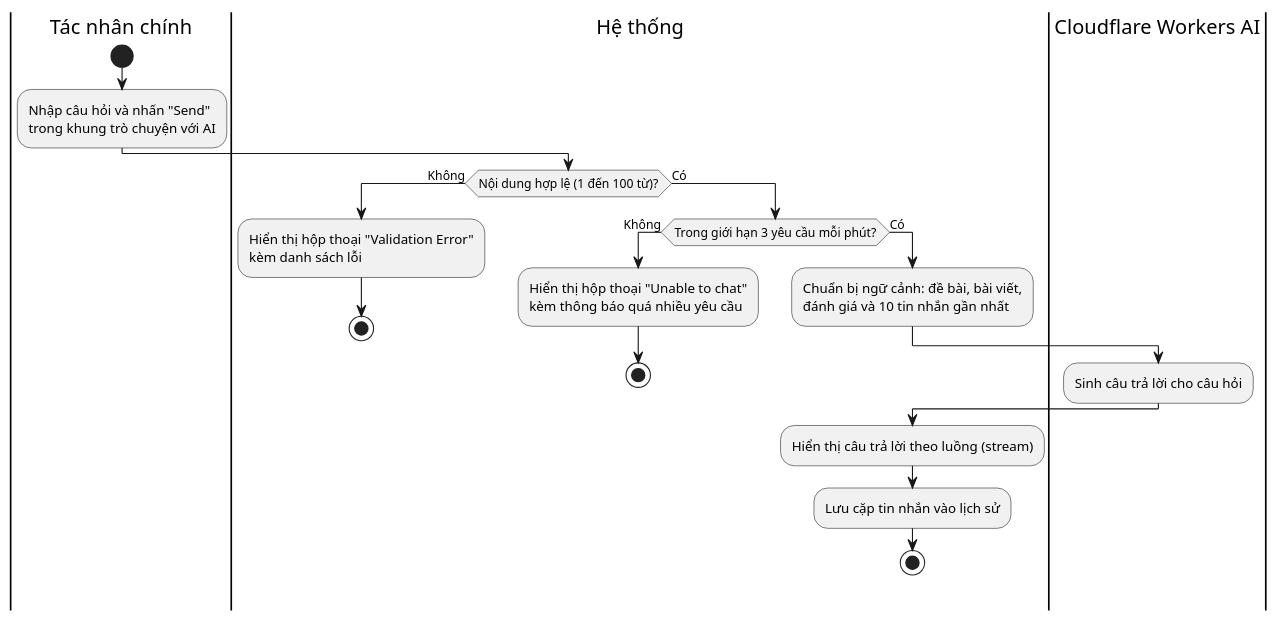
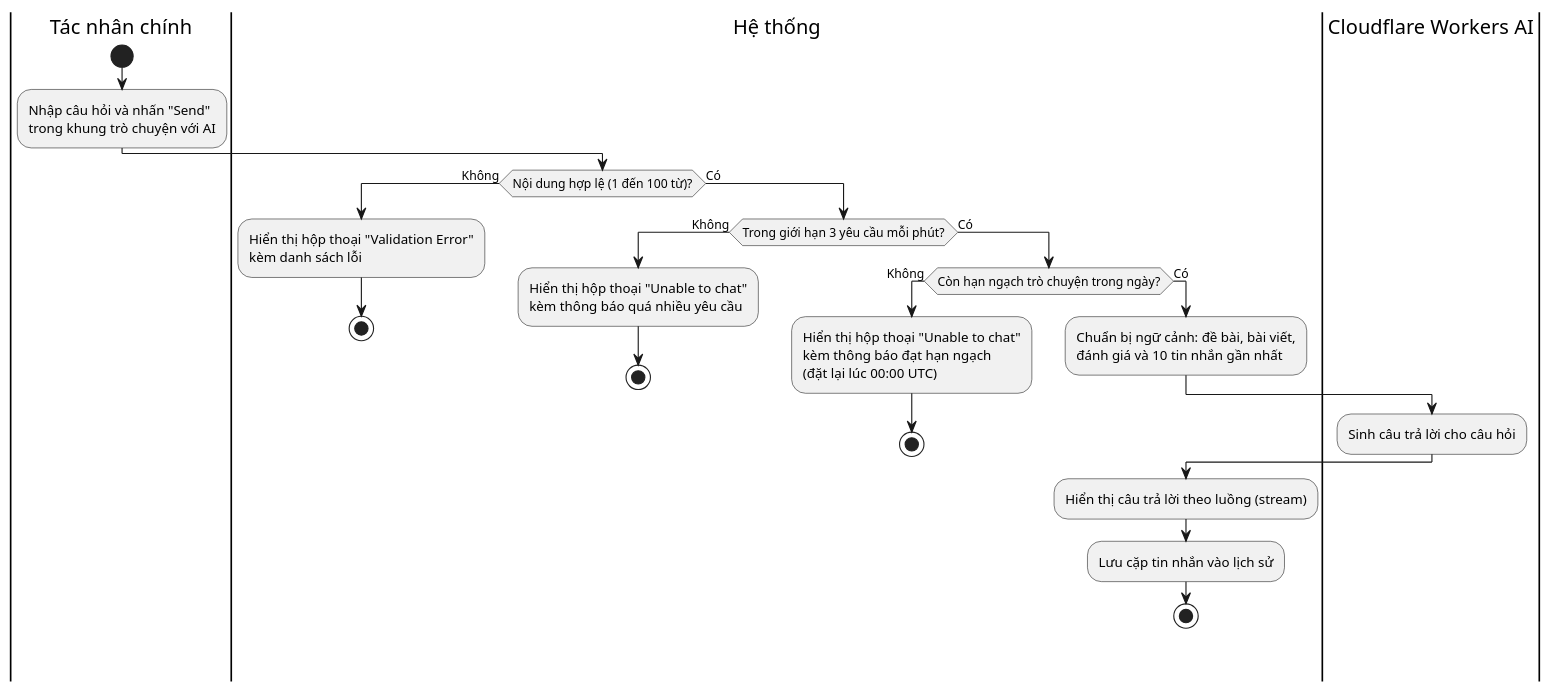
The diagram in docs/tro-chuyen-voi-ai.act.puml (ielts-writing-org/ielts-fullstack), drawn with PlantUML before and after one commit. The commit also changed 4 other files, not shown here.

First line of the commit message:
docs: update diagrams to reflect domain logic and quota constraints

```diff
--- a/docs/tro-chuyen-voi-ai.act.puml
+++ b/docs/tro-chuyen-voi-ai.act.puml
@@ -1,30 +1,35 @@
 @startuml Trò chuyện với AI ACT
 
 skinparam DefaultFontName Segoe UI
 
 |Tác nhân chính|
 start
 :Nhập câu hỏi và nhấn "Send"\ntrong khung trò chuyện với AI;
 
 |Hệ thống|
 if (Nội dung hợp lệ (1 đến 100 từ)?) then (Không)
 	:Hiển thị hộp thoại "Validation Error"\nkèm danh sách lỗi;
 	stop
 else (Có)
 	if (Trong giới hạn 3 yêu cầu mỗi phút?) then (Không)
 		:Hiển thị hộp thoại "Unable to chat"\nkèm thông báo quá nhiều yêu cầu;
 		stop
 	else (Có)
-		:Chuẩn bị ngữ cảnh: đề bài, bài viết,\nđánh giá và 10 tin nhắn gần nhất;
+		if (Còn hạn ngạch trò chuyện trong ngày?) then (Không)
+			:Hiển thị hộp thoại "Unable to chat"\nkèm thông báo đạt hạn ngạch\n(đặt lại lúc 00:00 UTC);
+			stop
+		else (Có)
+			:Chuẩn bị ngữ cảnh: đề bài, bài viết,\nđánh giá và 10 tin nhắn gần nhất;
 
-		|Cloudflare Workers AI|
-		:Sinh câu trả lời cho câu hỏi;
+			|Cloudflare Workers AI|
+			:Sinh câu trả lời cho câu hỏi;
 
-		|Hệ thống|
-		:Hiển thị câu trả lời theo luồng (stream);
-		:Lưu cặp tin nhắn vào lịch sử;
-		stop
+			|Hệ thống|
+			:Hiển thị câu trả lời theo luồng (stream);
+			:Lưu cặp tin nhắn vào lịch sử;
+			stop
+		endif
 	endif
 endif
 
 @enduml
```
